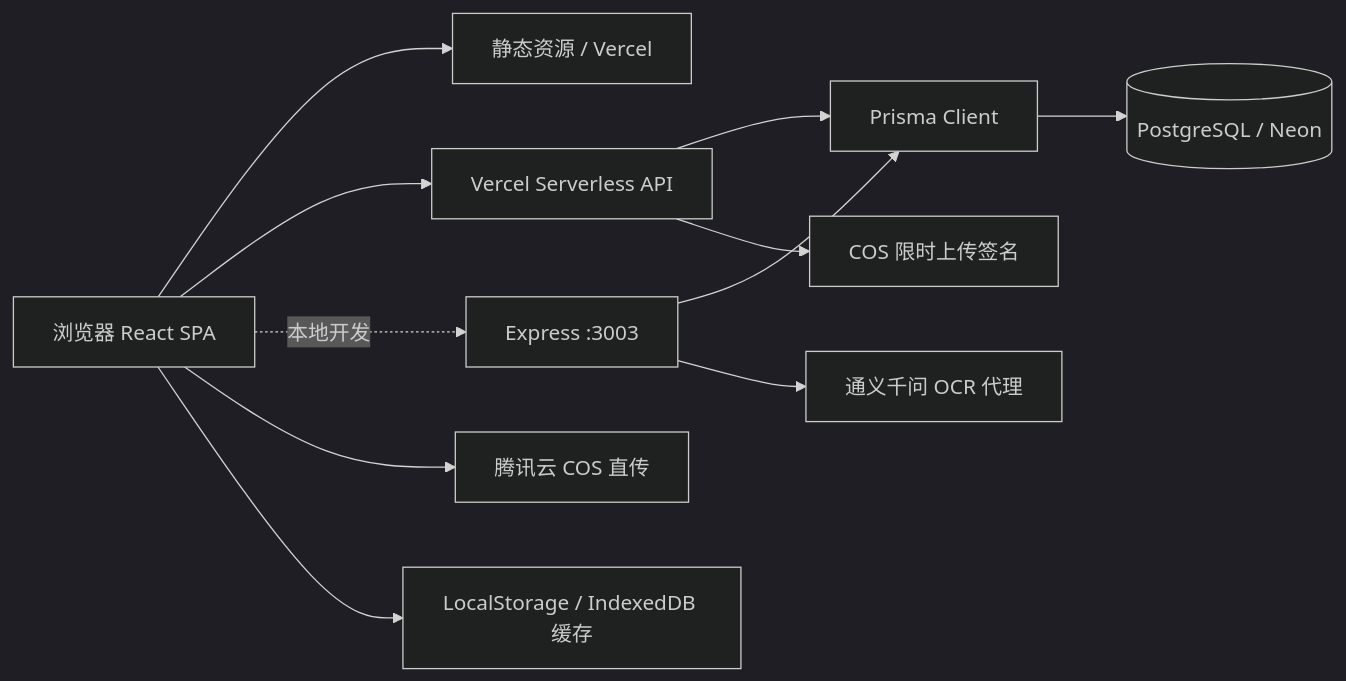
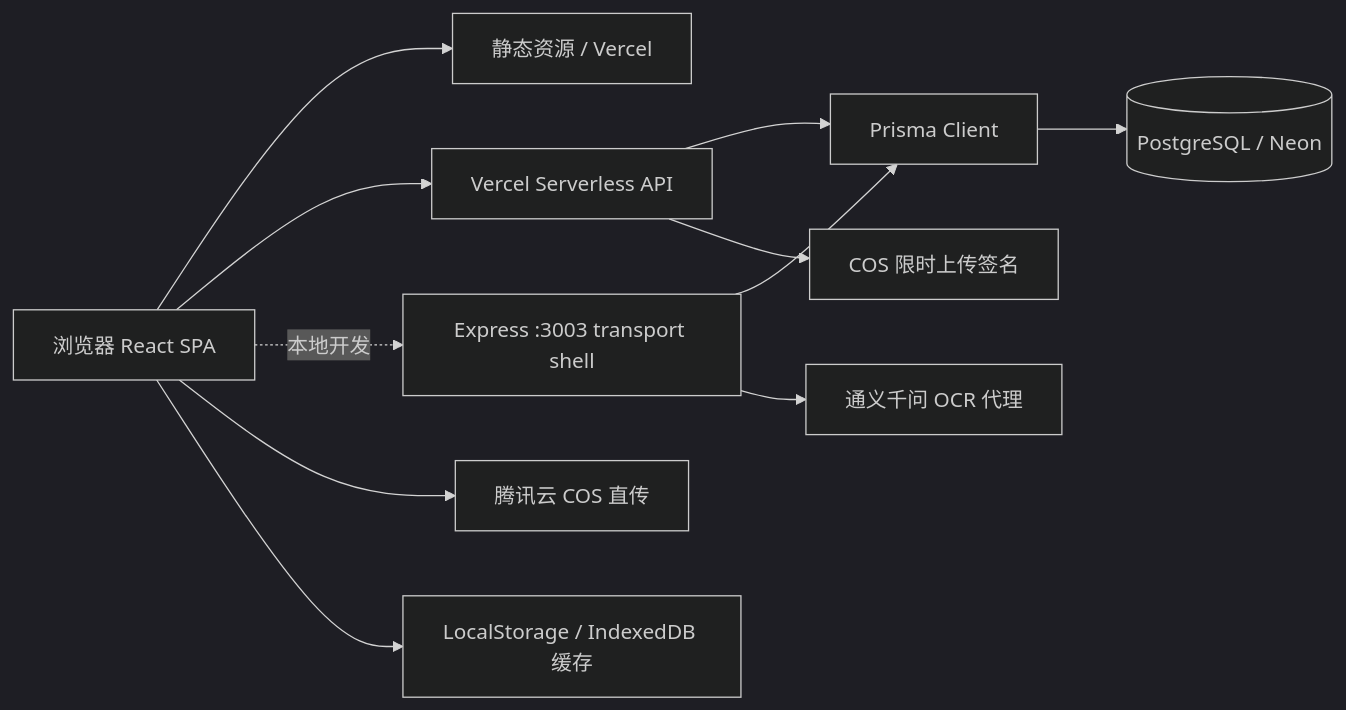
Before and after one commit to yipengmu/family_tree: the diagram in SPEC.md, drawn with Mermaid (dark theme). The commit also changed other lines of this file and 27 other files, not shown here.

````diff
--- a/SPEC.md
+++ b/SPEC.md
@@ -124,13 +124,13 @@
 ```mermaid
 flowchart LR
   U[浏览器 React SPA] --> V[静态资源 / Vercel]
   U --> A[Vercel Serverless API]
-  U -.本地开发.-> E[Express :3003]
+  U -.本地开发.-> E[Express :3003 transport shell]
   A --> P[Prisma Client]
   P --> D[(PostgreSQL / Neon)]
   E --> P
   E --> Q[通义千问 OCR 代理]
   A --> S[COS 限时上传签名]
   U --> O[腾讯云 COS 直传]
   U --> C[LocalStorage / IndexedDB 缓存]
 ```
````
